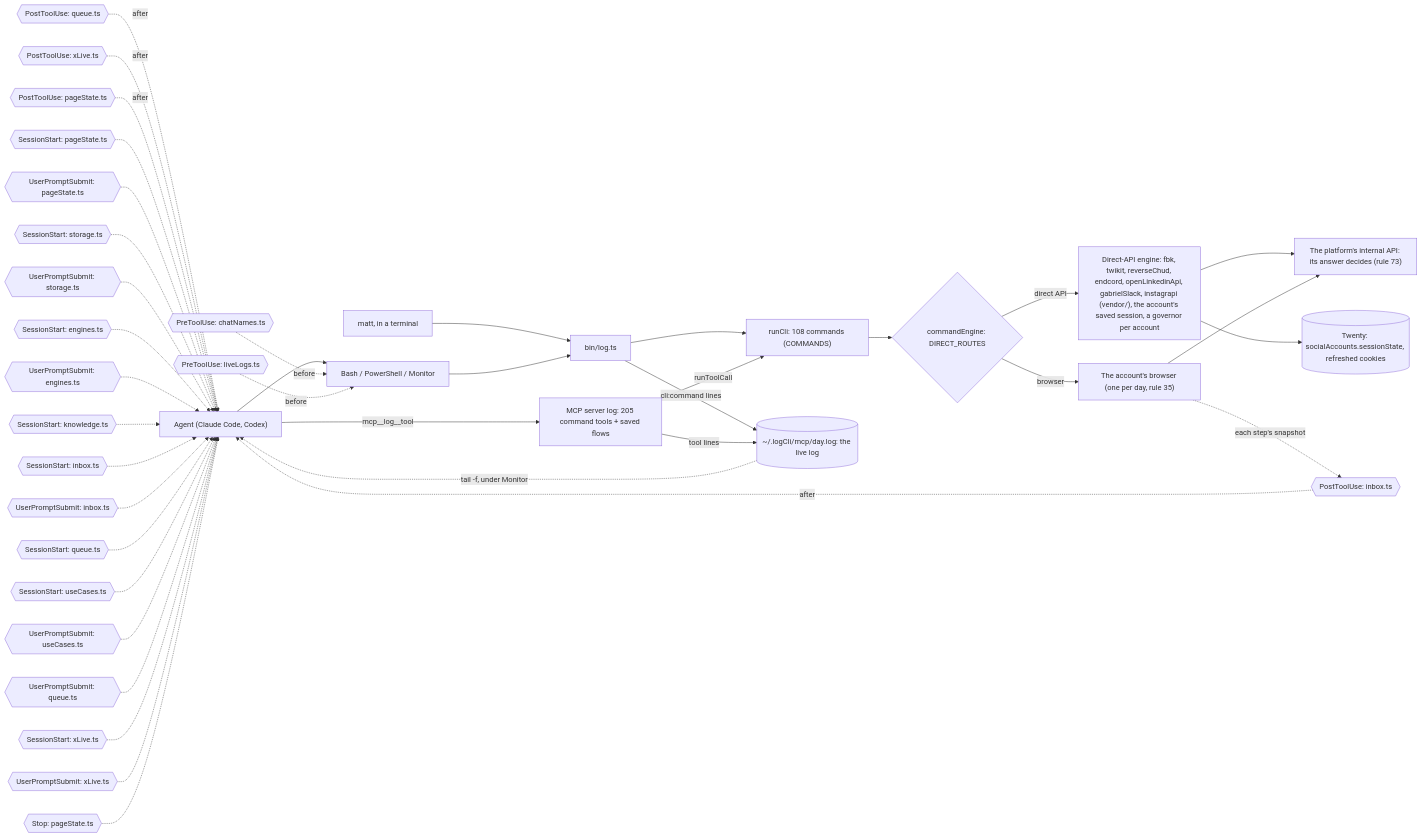
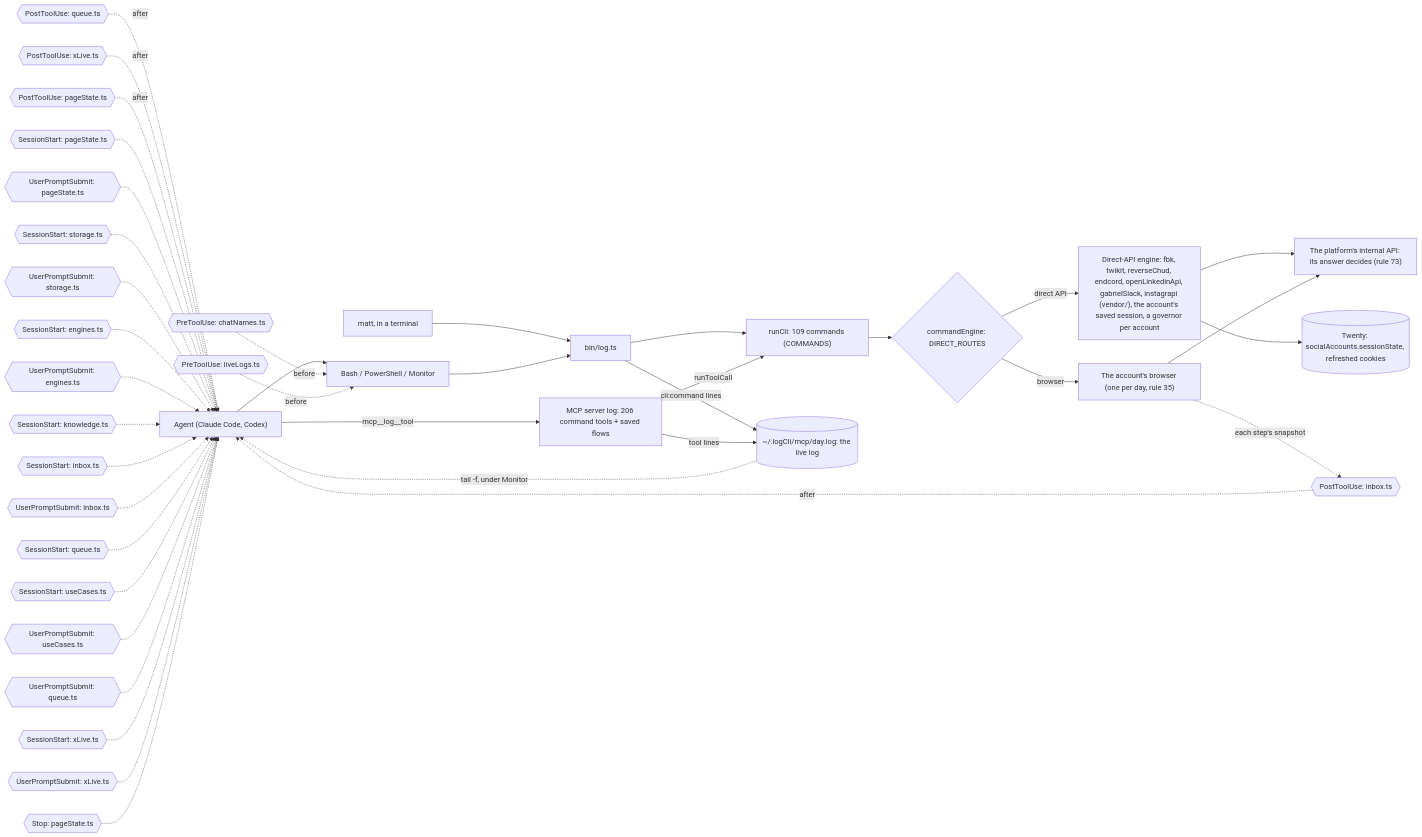
Before and after one commit to matthewdonsemail-lab/log: the third of 6 diagrams in docs/reference.md, drawn with Mermaid. The commit also changed other lines of this file and 39 other files, not shown here.

First line of the commit message:
feat(mcp): report draws a report from log's block catalog in every host

````diff
--- a/docs/reference.md
+++ b/docs/reference.md
@@ -195,53 +195,53 @@
 ```mermaid
 flowchart LR
   agent["Agent (Claude Code, Codex)"]
   matt["matt, in a terminal"]
   shell["Bash / PowerShell / Monitor"]
-  mcp["MCP server log: 205 command tools + saved flows"]
+  mcp["MCP server log: 206 command tools + saved flows"]
   bin["bin/log.ts"]
-  runCli["runCli: 108 commands (COMMANDS)"]
+  runCli["runCli: 109 commands (COMMANDS)"]
   live[("~/.logCli/mcp/day.log: the live log")]
   engine{"commandEngine: DIRECT_ROUTES"}
   direct["Direct-API engine: fbk, twikit, reverseChud, endcord, openLinkedinApi, gabrielSlack, instagrapi (vendor/), the account's saved session, a governor per account"]
   browser["The account's browser (one per day, rule 35)"]
   api["The platform's internal API: its answer decides (rule 73)"]
   twenty[("Twenty: socialAccounts.sessionState, refreshed cookies")]
   agent --> shell
   matt --> bin
   shell --> bin
   agent -->|mcp__log__tool| mcp
   bin --> runCli
   mcp -->|runToolCall| runCli
   runCli --> engine
   engine -->|direct API| direct
   engine -->|browser| browser
   direct --> api
   browser --> api
   direct --> twenty
   bin -->|cli:command lines| live
   mcp -->|tool lines| live
   live -.->|tail -f, under Monitor| agent
   pre0{{"PreToolUse: chatNames.ts"}} -.->|before| shell
   pre1{{"PreToolUse: liveLogs.ts"}} -.->|before| shell
   post0{{"PostToolUse: inbox.ts"}} -.->|after| agent
   post1{{"PostToolUse: queue.ts"}} -.->|after| agent
   post2{{"PostToolUse: xLive.ts"}} -.->|after| agent
   post3{{"PostToolUse: pageState.ts"}} -.->|after| agent
   turn0{{"SessionStart: pageState.ts"}} -.-> agent
   turn1{{"UserPromptSubmit: pageState.ts"}} -.-> agent
   turn2{{"SessionStart: storage.ts"}} -.-> agent
   turn3{{"UserPromptSubmit: storage.ts"}} -.-> agent
   turn4{{"SessionStart: engines.ts"}} -.-> agent
   turn5{{"UserPromptSubmit: engines.ts"}} -.-> agent
   turn6{{"SessionStart: knowledge.ts"}} -.-> agent
   turn7{{"SessionStart: inbox.ts"}} -.-> agent
   turn8{{"UserPromptSubmit: inbox.ts"}} -.-> agent
   turn9{{"SessionStart: queue.ts"}} -.-> agent
   turn10{{"SessionStart: useCases.ts"}} -.-> agent
   turn11{{"UserPromptSubmit: useCases.ts"}} -.-> agent
   turn12{{"UserPromptSubmit: queue.ts"}} -.-> agent
   turn13{{"SessionStart: xLive.ts"}} -.-> agent
   turn14{{"UserPromptSubmit: xLive.ts"}} -.-> agent
   turn15{{"Stop: pageState.ts"}} -.-> agent
   browser -.->|each step's snapshot| post0
 ```
````
